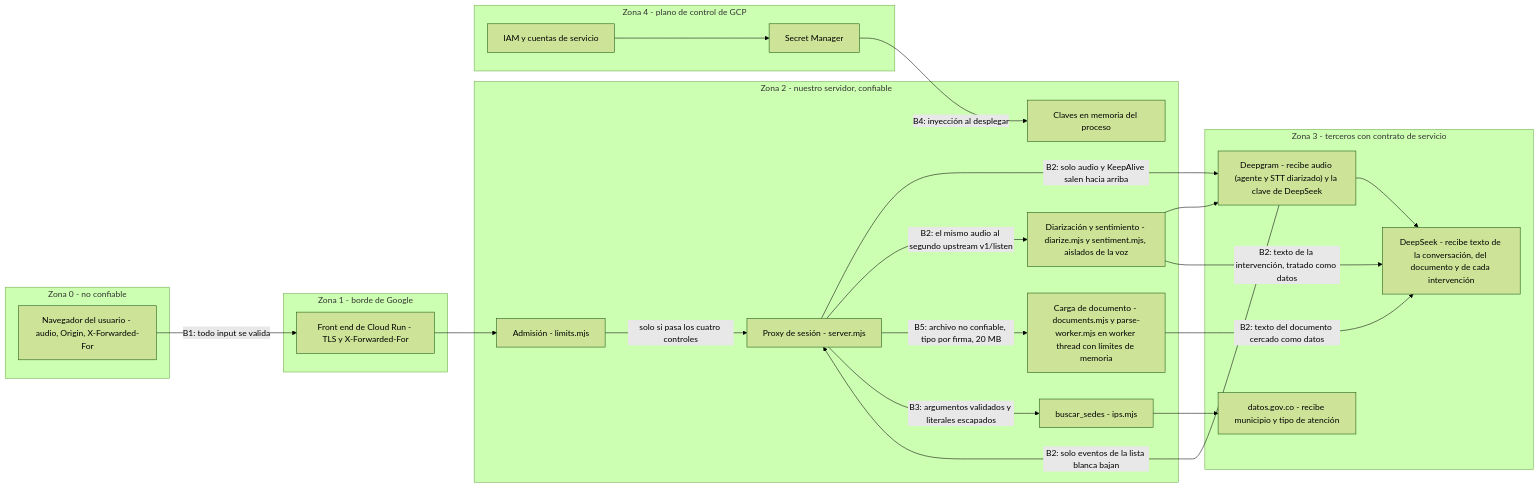
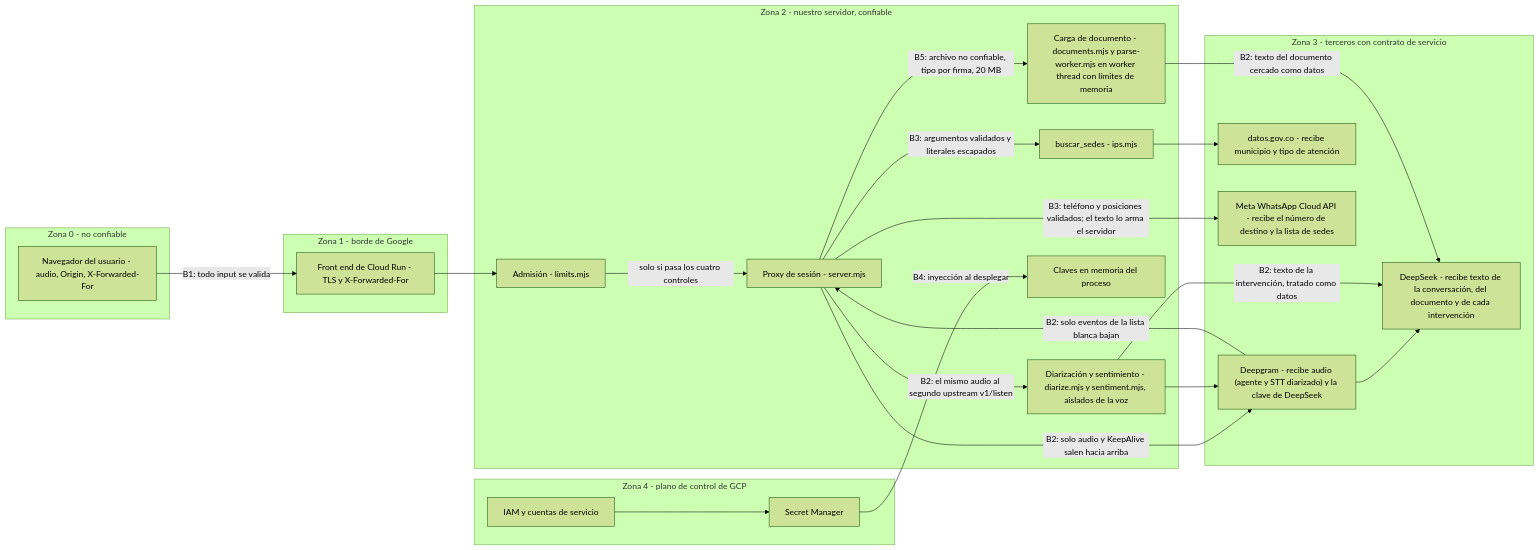
One commit to JacoboJaramillo/Hackathon changed the fourth of 5 diagrams in docs/ARCHITECTURE.md. Above: the diagram before and after it, drawn with Mermaid (forest theme). The commit also changed other lines of this file and 18 other files, not shown here.

First line of the commit message:
feat: Gabriela can send up to three sites by WhatsApp, once, on request (RF-024)

````diff
--- a/docs/ARCHITECTURE.md
+++ b/docs/ARCHITECTURE.md
@@ -205,46 +212,48 @@
 ```mermaid
 flowchart LR
   subgraph z0["Zona 0 - no confiable"]
     nav["Navegador del usuario - audio, Origin, X-Forwarded-For"]
   end
 
   subgraph z1["Zona 1 - borde de Google"]
     gfe["Front end de Cloud Run - TLS y X-Forwarded-For"]
   end
 
   subgraph z2["Zona 2 - nuestro servidor, confiable"]
     adm["Admisión - limits.mjs"]
     proxy["Proxy de sesión - server.mjs"]
     tool["buscar_sedes - ips.mjs"]
     docs["Carga de documento - documents.mjs y parse-worker.mjs en worker thread con límites de memoria"]
     side["Diarización y sentimiento - diarize.mjs y sentiment.mjs, aislados de la voz"]
     env["Claves en memoria del proceso"]
   end
 
   subgraph z3["Zona 3 - terceros con contrato de servicio"]
     dg["Deepgram - recibe audio (agente y STT diarizado) y la clave de DeepSeek"]
     ds["DeepSeek - recibe texto de la conversación, del documento y de cada intervención"]
     dt["datos.gov.co - recibe municipio y tipo de atención"]
+    wa["Meta WhatsApp Cloud API - recibe el número de destino y la lista de sedes"]
   end
 
   subgraph z4["Zona 4 - plano de control de GCP"]
     sm["Secret Manager"]
     iam["IAM y cuentas de servicio"]
   end
 
   nav -- "B1: todo input se valida" --> gfe
   gfe --> adm
   adm -- "solo si pasa los cuatro controles" --> proxy
   proxy -- "B2: solo audio y KeepAlive salen hacia arriba" --> dg
   dg -- "B2: solo eventos de la lista blanca bajan" --> proxy
   dg --> ds
   proxy -- "B2: el mismo audio al segundo upstream v1/listen" --> side
   side --> dg
   side -- "B2: texto de la intervención, tratado como datos" --> ds
   proxy -- "B5: archivo no confiable, tipo por firma, 20 MB" --> docs
   docs -- "B2: texto del documento cercado como datos" --> ds
   proxy -- "B3: argumentos validados y literales escapados" --> tool
   tool --> dt
+  proxy -- "B3: teléfono y posiciones validados; el texto lo arma el servidor" --> wa
   sm -- "B4: inyección al desplegar" --> env
   iam --> sm
 ```
````
